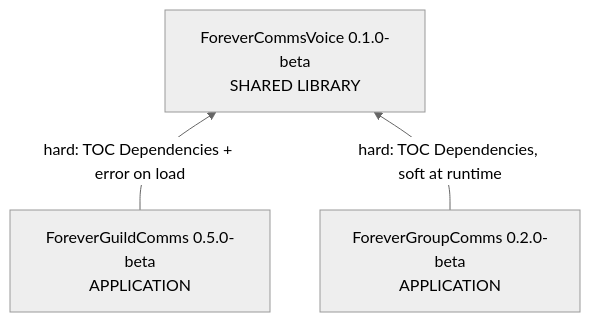
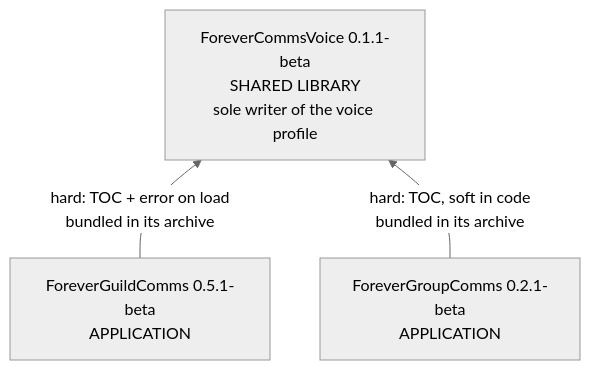
Before and after one commit to mreillyorg/ForeverCommsBundle: the diagram in aidlc-docs/inception/reverse-engineering/component-inventory.md, drawn with Mermaid (neutral theme). The commit also changed other lines of this file and 53 other files, not shown here.

````diff
--- a/aidlc-docs/inception/reverse-engineering/component-inventory.md
+++ b/aidlc-docs/inception/reverse-engineering/component-inventory.md
@@ -96,8 +109,8 @@
 ```mermaid
 flowchart BT
-    Voice["ForeverCommsVoice 0.1.0-beta<br/>SHARED LIBRARY"]
-    Guild["ForeverGuildComms 0.5.0-beta<br/>APPLICATION"]
-    Group["ForeverGroupComms 0.2.0-beta<br/>APPLICATION"]
-    Guild -->|"hard: TOC Dependencies + error on load"| Voice
-    Group -->|"hard: TOC Dependencies, soft at runtime"| Voice
+    Voice["ForeverCommsVoice 0.1.1-beta<br/>SHARED LIBRARY<br/>sole writer of the voice profile"]
+    Guild["ForeverGuildComms 0.5.1-beta<br/>APPLICATION"]
+    Group["ForeverGroupComms 0.2.1-beta<br/>APPLICATION"]
+    Guild -->|"hard: TOC + error on load<br/>bundled in its archive"| Voice
+    Group -->|"hard: TOC, soft in code<br/>bundled in its archive"| Voice
 ```
````
